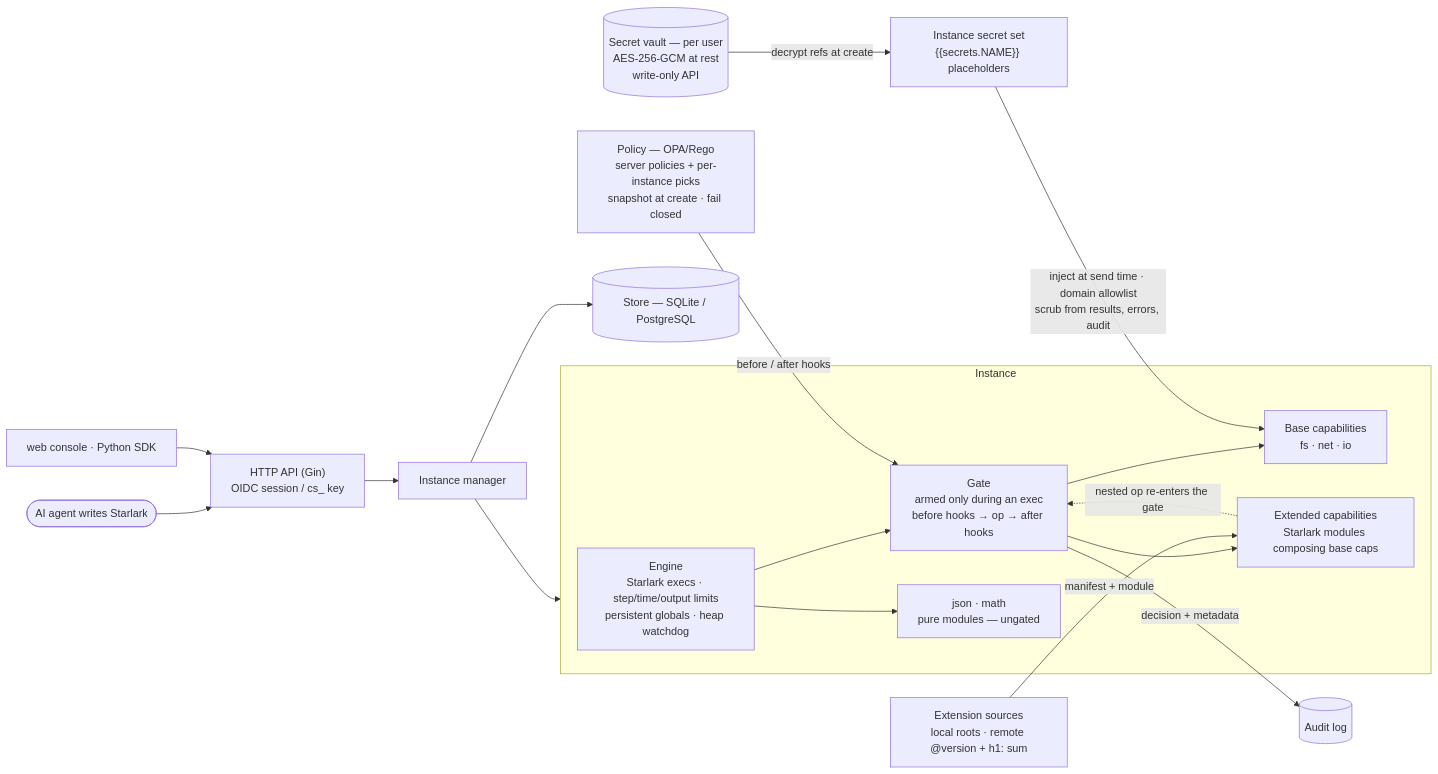
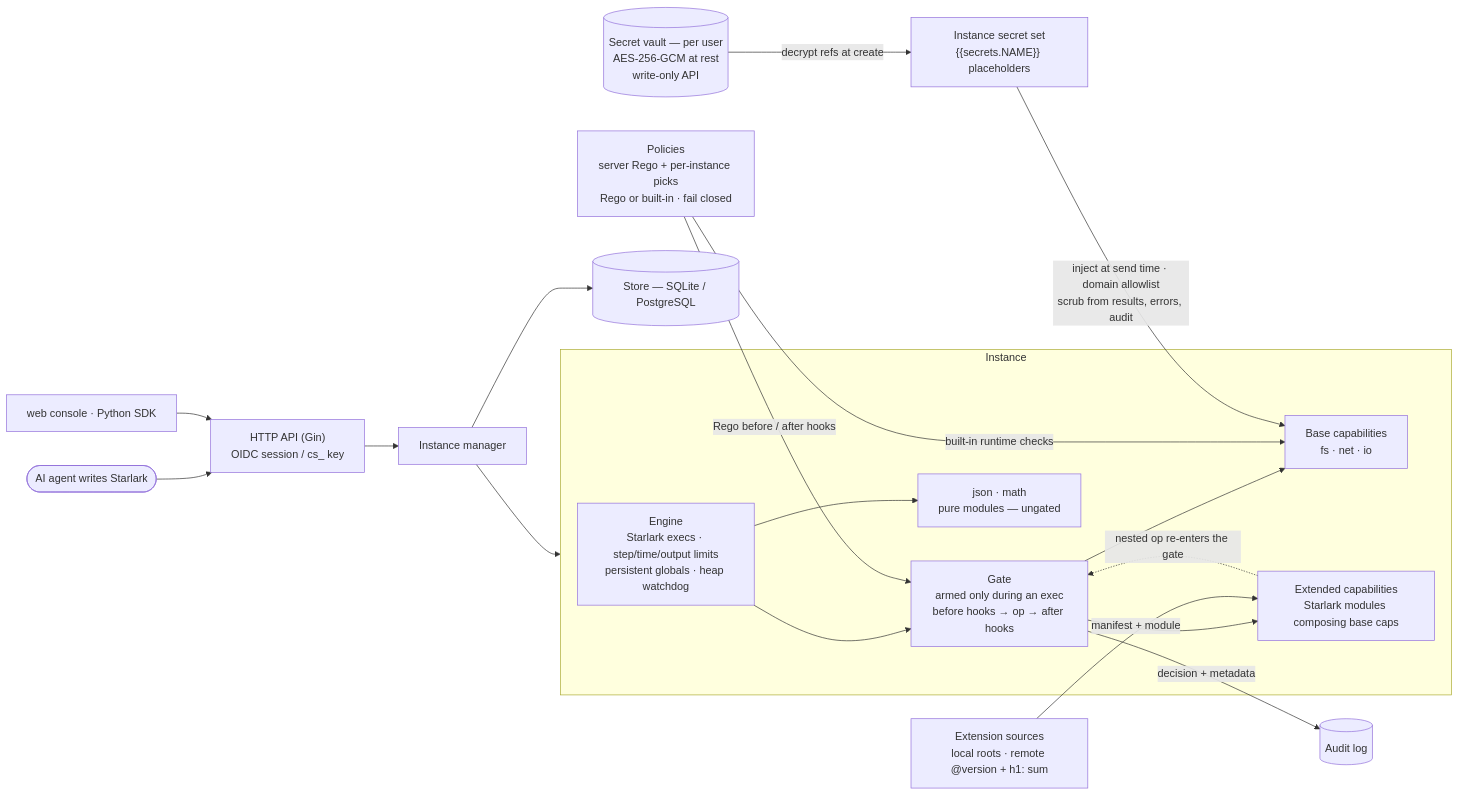
One commit to wylswz/calcside changed the diagram in README.md. Above: the diagram before and after it, drawn with Mermaid. The commit also changed other lines of this file and 40 other files, not shown here.

Commit message:
make private net access built-in policy

````diff
--- a/README.md
+++ b/README.md
@@ -11,31 +11,32 @@
 ```mermaid
 flowchart LR
     agent([AI agent writes Starlark]) --> http
     ui["web console · Python SDK"] --> http
     http["HTTP API (Gin)<br/>OIDC session / cs_ key"] --> mgr["Instance manager"]
 
     subgraph inst["Instance"]
         eng["Engine<br/>Starlark execs · step/time/output limits<br/>persistent globals · heap watchdog"]
         gate["Gate<br/>armed only during an exec<br/>before hooks → op → after hooks"]
         base["Base capabilities<br/>fs · net · io"]
         ext["Extended capabilities<br/>Starlark modules composing base caps"]
         pure["json · math<br/>pure modules — ungated"]
 
         eng --> gate
         eng --> pure
         gate --> base
         gate --> ext
         ext -.->|"nested op re-enters the gate"| gate
     end
 
     mgr --> inst
 
-    pol["Policy — OPA/Rego<br/>server policies + per-instance picks<br/>snapshot at create · fail closed"] -->|"before / after hooks"| gate
+    pol["Policies<br/>server Rego + per-instance picks<br/>Rego or built-in · fail closed"] -->|"Rego before / after hooks"| gate
+    pol -->|"built-in runtime checks"| base
     gate -->|"decision + metadata"| audit[("Audit log")]
     mgr --> store[("Store — SQLite / PostgreSQL")]
 
     vault[("Secret vault — per user<br/>AES-256-GCM at rest<br/>write-only API")] -->|"decrypt refs at create"| sset["Instance secret set<br/>{{secrets.NAME}} placeholders"]
     sset -->|"inject at send time · domain allowlist<br/>scrub from results, errors, audit"| base
 
     srcs["Extension sources<br/>local roots · remote @version + h1: sum"] -->|"manifest + module"| ext
 ```
````
